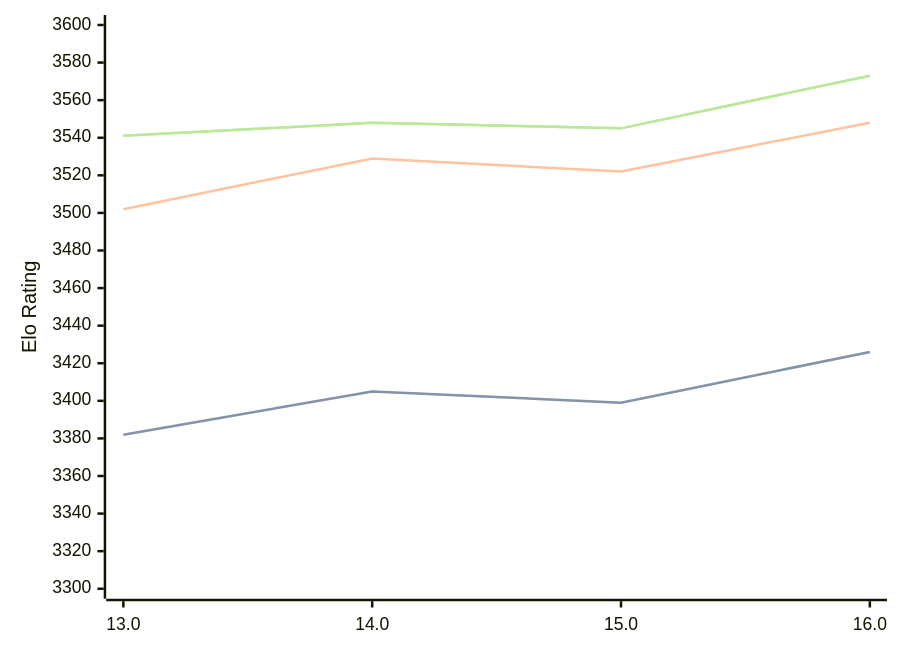
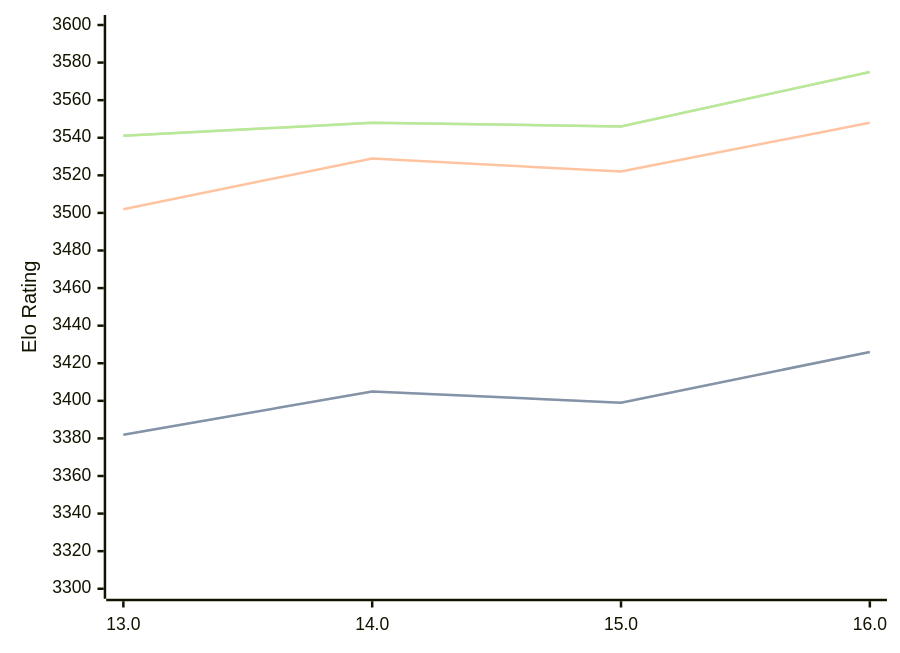
The diagram in engines/Obsidian.md (computer-chess-index/cci), drawn with Mermaid before and after one commit. The commit also changed other lines of this file, not shown here.

Commit message:
Update CCI Ratings (ELO VLTC) - 2026-07-26

````diff
--- a/engines/Obsidian.md
+++ b/engines/Obsidian.md
@@ -43,11 +43,11 @@
 ```mermaid
 %%{init: {"theme":"base","themeVariables":{"seriesColors:['#a3a3a3','#222221','#faa371']}}}%%
 xychart-beta
   x-axis ["13.0", "14.0", "15.0", "16.0"]
   y-axis "Elo Rating" 3300 --> 3600
   line "STC (8.0+0.08s)" [3382, 3405, 3399, 3426]
   line "STC (8.0+0.08s)" [3382, 3405, 3399, 3426]
   line "LTC (60.0+0.60s)" [3502, 3529, 3522, 3548]
-  line "VLTC (2m24s+1.12s)" [3541, 3548, 3545, 3573]
-  line "VLTC (2m24s+1.12s)" [3541, 3548, 3545, 3573]
+  line "VLTC (2m24s+1.12s)" [3541, 3548, 3546, 3575]
+  line "VLTC (2m24s+1.12s)" [3541, 3548, 3546, 3575]
 ```
````
